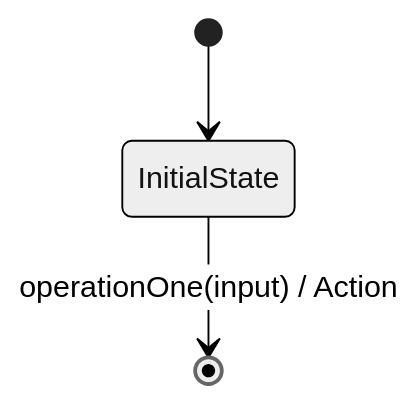
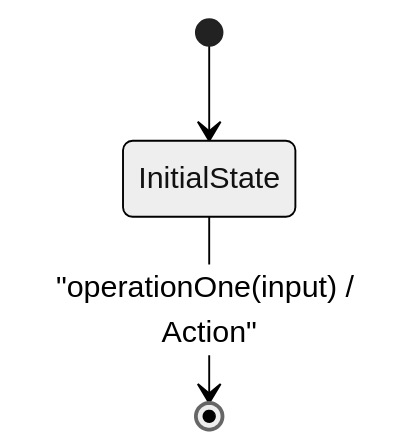
Before and after one commit to gintatkinson/digital-pipeline-repo: the second of 2 diagrams in skills/schema-specification-engineering/SKILL.md, drawn with Mermaid (neutral theme). The commit also changed 10 other files, not shown here.

````diff
--- a/skills/schema-specification-engineering/SKILL.md
+++ b/skills/schema-specification-engineering/SKILL.md
@@ -182,5 +182,5 @@
     ```mermaid
     stateDiagram-v2
         [*] --> InitialState
-        InitialState --> [*] : operationOne(input) / Action
+        InitialState --> [*] : "operationOne(input) / Action"
     ```
````
